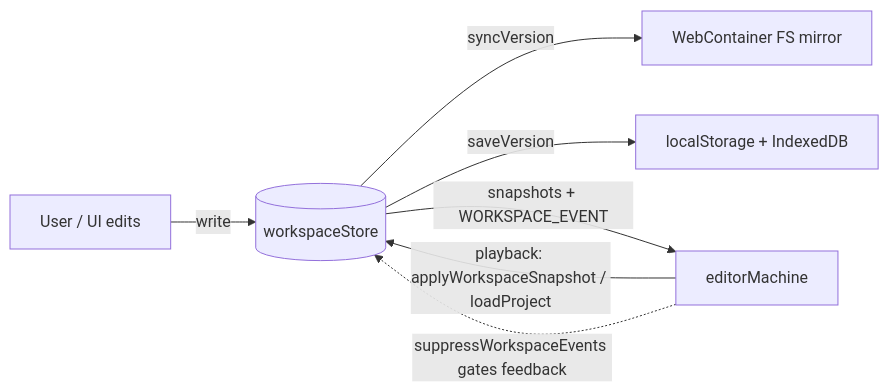
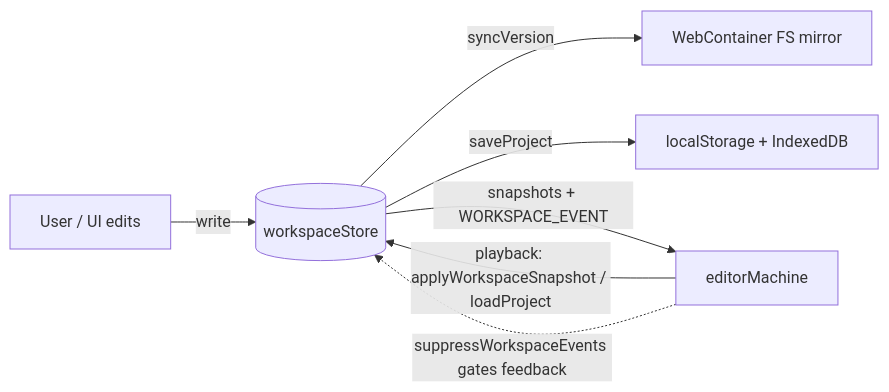
The first of 5 diagrams in docs/state-machines.md (channyeintun/next-editor), drawn with Mermaid before and after one commit. The commit also changed other lines of this file and 2 other files, not shown here.

````diff
--- a/docs/state-machines.md
+++ b/docs/state-machines.md
@@ -63,9 +64,9 @@
 ```mermaid
 flowchart LR
     User[User / UI edits] -->|write| Store[(workspaceStore)]
     Store -->|syncVersion| Container[WebContainer FS mirror]
-    Store -->|saveVersion| Persist[localStorage + IndexedDB]
+    Store -->|saveProject| Persist[localStorage + IndexedDB]
     Store -->|snapshots + WORKSPACE_EVENT| Machine[editorMachine]
     Machine -->|playback: applyWorkspaceSnapshot / loadProject| Store
     Machine -.suppressWorkspaceEvents gates feedback.-> Store
 ```
````
